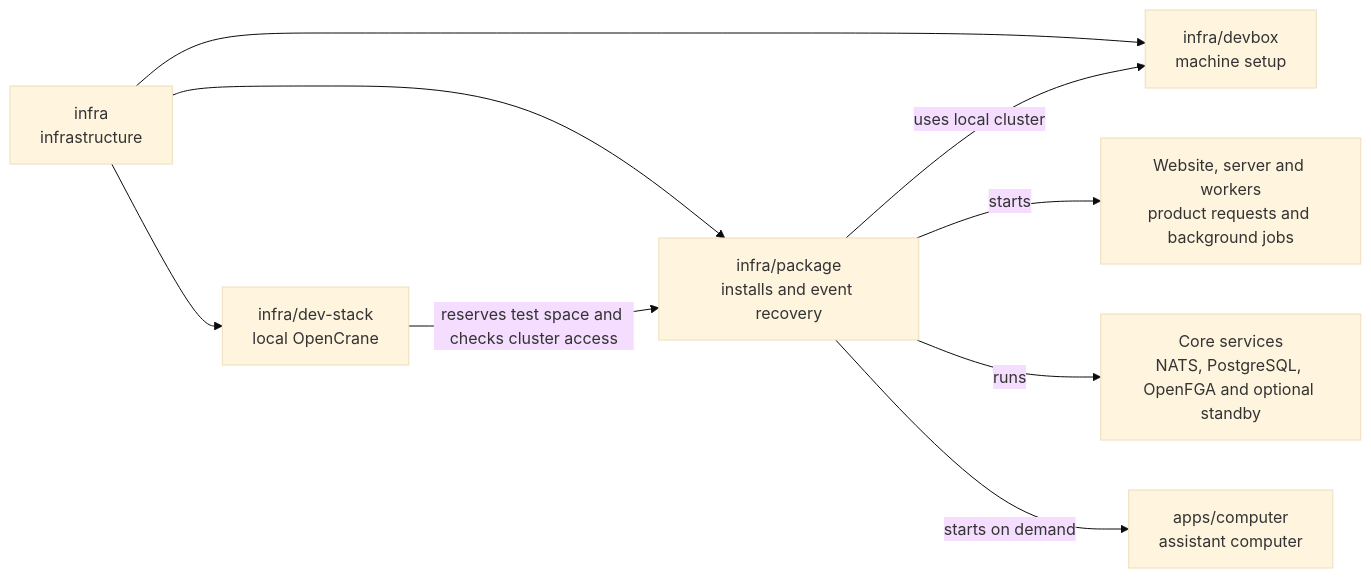
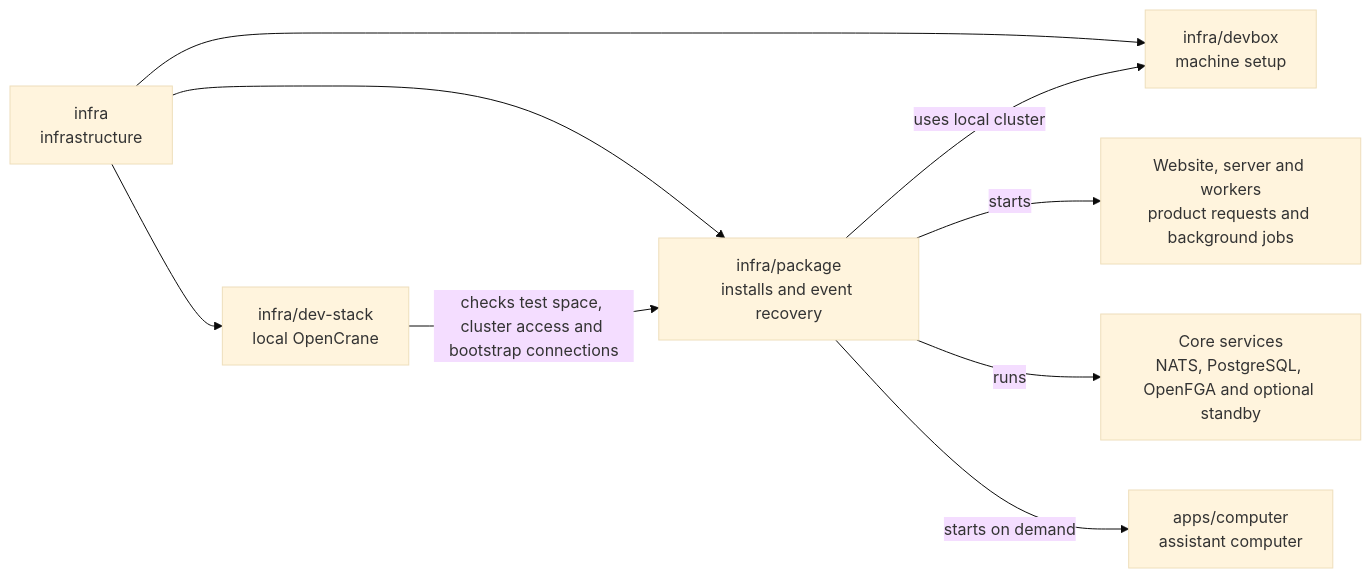
Before and after one commit to elewa-git/opencrane-new: the diagram in infra/package/README.md, drawn with Mermaid (base theme). The commit also changed other lines of this file and 15 other files, not shown here.

````diff
--- a/infra/package/README.md
+++ b/infra/package/README.md
@@ -19,11 +19,11 @@
 ```mermaid
 flowchart LR
   infra["infra<br/>infrastructure"] --> package["infra/package<br/>installs and event recovery"]
   infra --> stack["infra/dev-stack<br/>local OpenCrane"]
   infra --> devbox["infra/devbox<br/>machine setup"]
-  stack -->|reserves test space and checks cluster access| package
+  stack -->|checks test space, cluster access and bootstrap connections| package
   package -->|uses local cluster| devbox
   package -->|starts| apps["Website, server and workers<br/>product requests and background jobs"]
   package -->|runs| services["Core services<br/>NATS, PostgreSQL, OpenFGA and optional standby"]
   package -->|starts on demand| computer["apps/computer<br/>assistant computer"]
 ```
````
